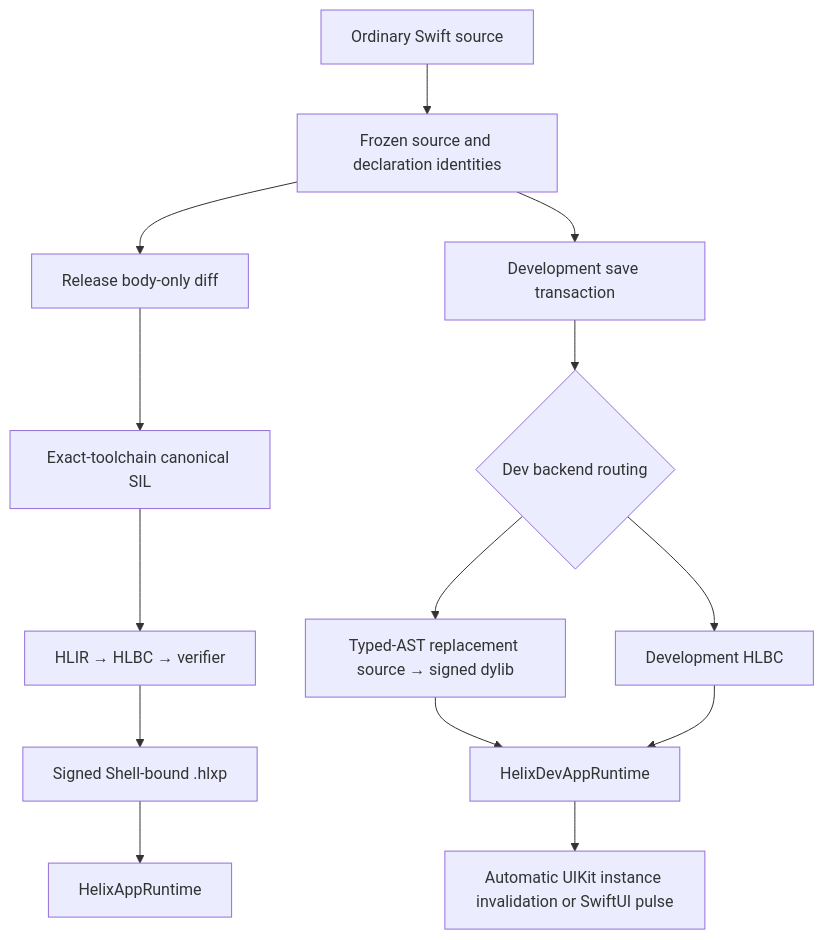
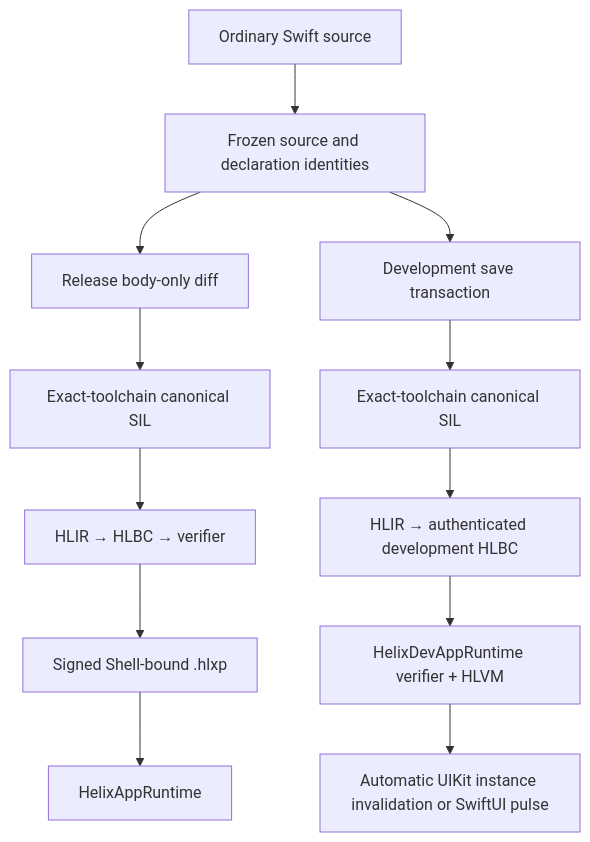
One commit to TangentW/Helix changed the diagram in Docs/Architecture.md. Above: the diagram before and after it, drawn with Mermaid. The commit also changed other lines of this file and 104 other files, not shown here.

````diff
--- a/Docs/Architecture.md
+++ b/Docs/Architecture.md
@@ -27,18 +27,16 @@
 ```mermaid
 flowchart TB
     S["Ordinary Swift source"] --> I["Frozen source and declaration identities"]
     I --> R["Release body-only diff"]
     I --> D["Development save transaction"]
 
     R --> SIL1["Exact-toolchain canonical SIL"]
     SIL1 --> HLBC["HLIR → HLBC → verifier"]
     HLBC --> PKG["Signed Shell-bound .hlxp"]
     PKG --> PR["HelixAppRuntime"]
 
-    D --> ROUTE{"Dev backend routing"}
-    ROUTE --> NATIVE["Typed-AST replacement source → signed dylib"]
-    ROUTE --> DHLBC["Development HLBC"]
-    NATIVE --> DR["HelixDevAppRuntime"]
-    DHLBC --> DR
+    D --> DSIL["Exact-toolchain canonical SIL"]
+    DSIL --> DHLBC["HLIR → authenticated development HLBC"]
+    DHLBC --> DR["HelixDevAppRuntime verifier + HLVM"]
     DR --> UI["Automatic UIKit instance invalidation or SwiftUI pulse"]
 ```
````
